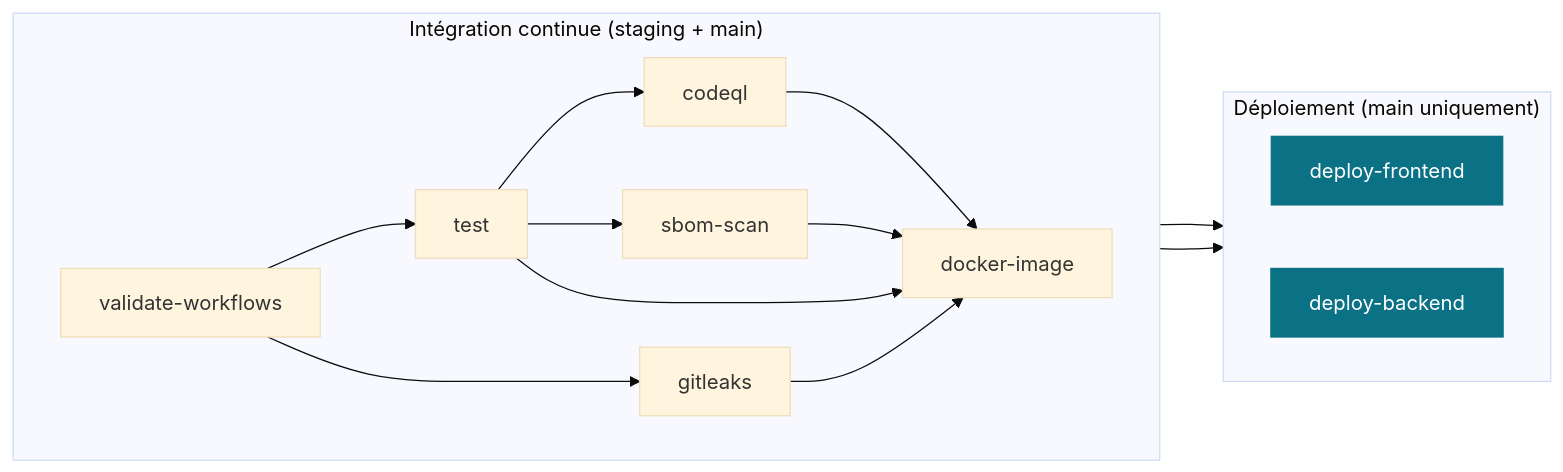
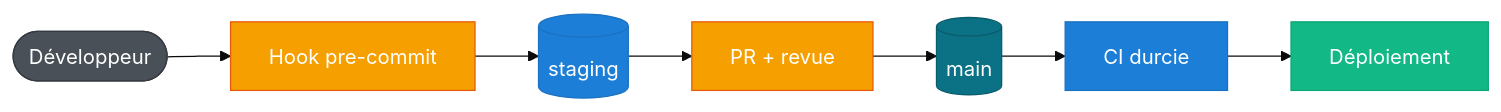
One commit to Sorway/DevSecOps changed the diagram in documentation/docs/index.md. Above: the diagram before and after it, drawn with Mermaid (base theme). The commit also changed other lines of this file and 9 other files, not shown here.

Commit message:
docs(site): menu a 4 onglets, accueil succinct, contexte detaille (voix etudiante), Mermaid colores/animes, sans cadratin ni bulles de conseil

````diff
--- a/documentation/docs/index.md
+++ b/documentation/docs/index.md
@@ -40,22 +26,14 @@
 ```mermaid
 flowchart LR
-    subgraph CI["Intégration continue (staging + main)"]
-        direction LR
-        A[validate-workflows] --> B[test]
-        A --> G[gitleaks]
-        B --> C[codeql]
-        B --> S[sbom-scan]
-        B --> D
-        G --> D
-        C --> D
-        S --> D
-        D[docker-image]
-    end
-    subgraph CD["Déploiement (main uniquement)"]
-        direction LR
-        D --> F[deploy-frontend]
-        D --> K[deploy-backend]
-    end
-    classDef prod fill:#0b7285,stroke:#0b7285,color:#fff;
-    class F,K prod;
+    dev([Développeur]):::actor --> hook[Hook pre-commit]:::warn
+    hook --> stg[(staging)]:::info
+    stg --> pr[PR + revue]:::warn
+    pr --> main[(main)]:::prod
+    main --> ci[CI durcie]:::info
+    ci --> deploy[Déploiement]:::ok
+    classDef actor fill:#495057,stroke:#343a40,color:#fff;
+    classDef info fill:#1c7ed6,stroke:#1971c2,color:#fff;
+    classDef warn fill:#f59f00,stroke:#e8590c,color:#fff;
+    classDef ok fill:#12b886,stroke:#0ca678,color:#fff;
+    classDef prod fill:#0b7285,stroke:#095c6b,color:#fff;
 ```
````
